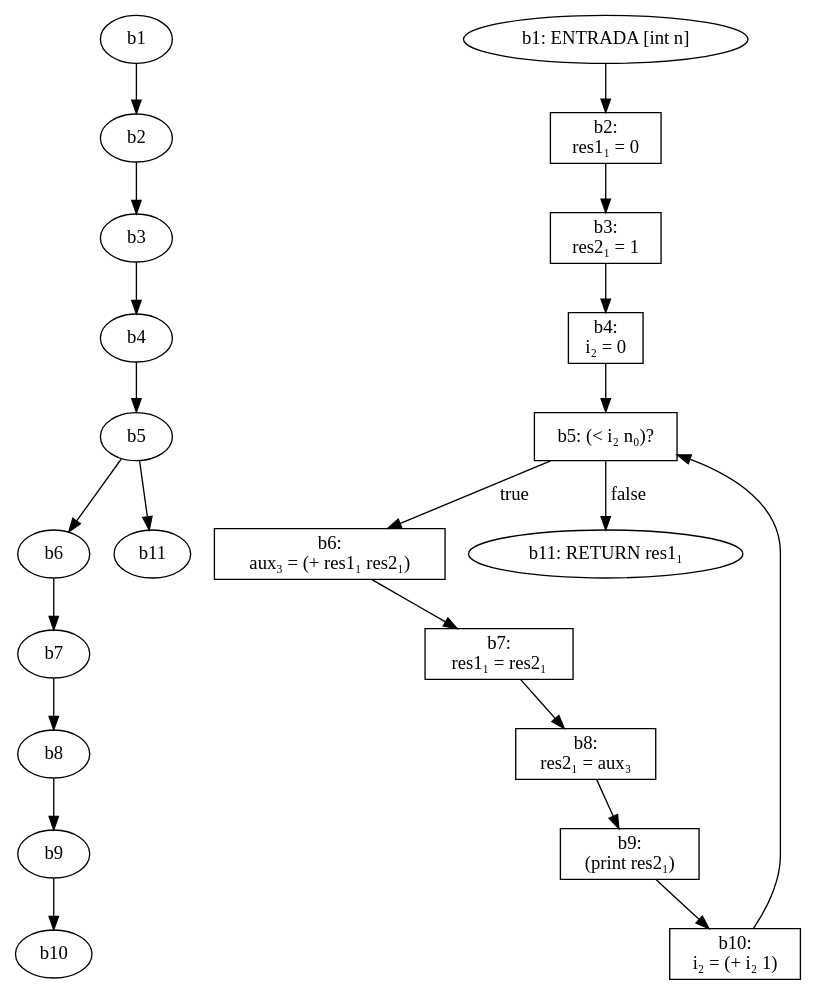
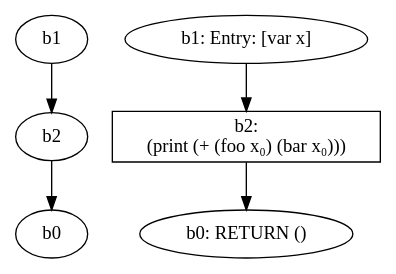
Before and after one commit to leorigon/TE-Infer-SSA: the diagram in out.dot, drawn with Graphviz. The commit also changed 12 other files, not shown here.

```diff
--- a/out.dot
+++ b/out.dot
@@ -1,45 +1,12 @@
 digraph g {
+  d0 [label=b0];
+  d2 -> d0;
+  b0 [label="b0: RETURN ()"];
   d1 [label=b1];
-  b1 [label="b1: ENTRADA [int n]"];
+  b1 [label="b1: Entry: [var x]"];
   b1 -> b2;
   d2 [label=b2];
   d1 -> d2;
-  b2 [shape=box, label="b2:\nres1₁ = 0"];
-  b2 -> b3;
-  d3 [label=b3];
-  d2 -> d3;
-  b3 [shape=box, label="b3:\nres2₁ = 1"];
-  b3 -> b4;
-  d4 [label=b4];
-  d3 -> d4;
-  b5 [shape=box, label="b5: (< i₂ n₀)?"];
-  b5 -> b6 [label=true];
-  b5 -> b11 [label=false];
-  d5 [label=b5];
-  d4 -> d5;
-  b4 [shape=box, label="b4:\ni₂ = 0"];
-  b4 -> b5;
-  d6 [label=b6];
-  d5 -> d6;
-  b6 [shape=box, label="b6:\naux₃ = (+ res1₁ res2₁)"];
-  b6 -> b7;
-  d7 [label=b7];
-  d6 -> d7;
-  b7 [shape=box, label="b7:\nres1₁ = res2₁"];
-  b7 -> b8;
-  d8 [label=b8];
-  d7 -> d8;
-  b8 [shape=box, label="b8:\nres2₁ = aux₃"];
-  b8 -> b9;
-  d9 [label=b9];
-  d8 -> d9;
-  b9 [shape=box, label="b9:\n(print res2₁)"];
-  b9 -> b10;
-  d10 [label=b10];
-  d9 -> d10;
-  b10 [shape=box, label="b10:\ni₂ = (+ i₂ 1)"];
-  b10 -> b5;
-  d11 [label=b11];
-  d5 -> d11;
-  b11 [label="b11: RETURN res1₁"];
+  b2 [shape=box, label="b2:\n(print (+ (foo x₀) (bar x₀)))"];
+  b2 -> b0;
 }
```
